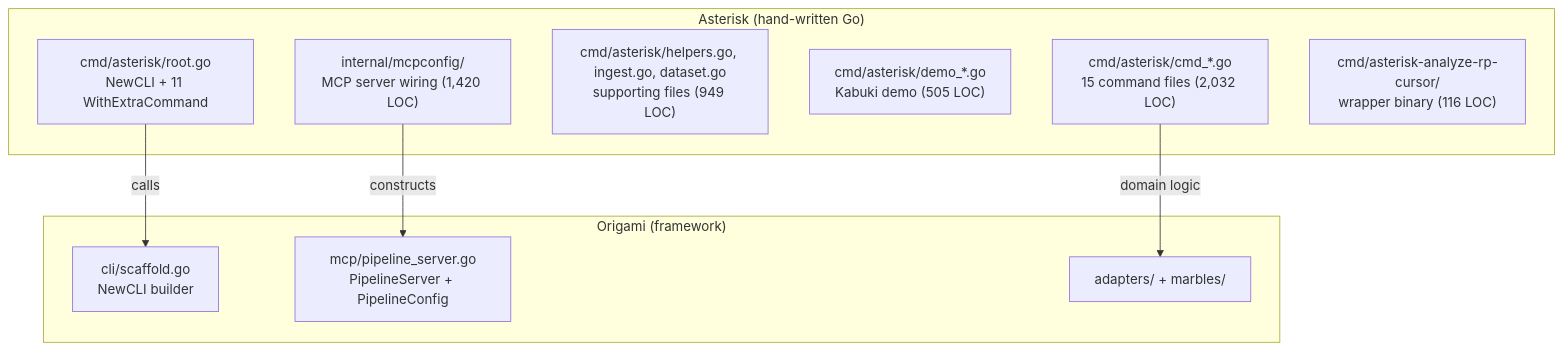
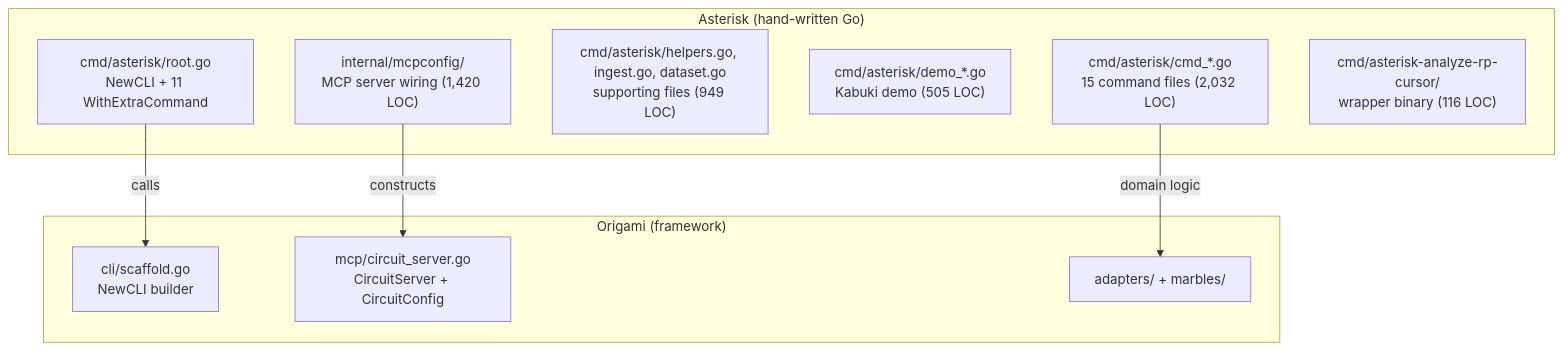
The first of 2 diagrams in .cursor/contracts/draft/origami-fold.md (dpopsuev/asterisk), drawn with Mermaid before and after one commit. The commit also changed other lines of this file and 184 other files, not shown here.

First line of the commit message:
refactor: pipeline→circuit rename + rca-pure-dsl Phase 3-4 advance

````diff
--- a/.cursor/contracts/draft/origami-fold.md
+++ b/.cursor/contracts/draft/origami-fold.md
@@ -22,19 +22,19 @@
 ```mermaid
 flowchart TB
   subgraph asterisk ["Asterisk (hand-written Go)"]
     rootGo["cmd/asterisk/root.go<br/>NewCLI + 11 WithExtraCommand"]
     cmdFiles["cmd/asterisk/cmd_*.go<br/>15 command files (2,032 LOC)"]
     helpers["cmd/asterisk/helpers.go, ingest.go, dataset.go<br/>supporting files (949 LOC)"]
     demo["cmd/asterisk/demo_*.go<br/>Kabuki demo (505 LOC)"]
     mcpconfig["internal/mcpconfig/<br/>MCP server wiring (1,420 LOC)"]
     cursor["cmd/asterisk-analyze-rp-cursor/<br/>wrapper binary (116 LOC)"]
   end
   subgraph origami ["Origami (framework)"]
     cli["cli/scaffold.go<br/>NewCLI builder"]
-    mcp["mcp/pipeline_server.go<br/>PipelineServer + PipelineConfig"]
+    mcp["mcp/circuit_server.go<br/>CircuitServer + CircuitConfig"]
     adapters["adapters/ + marbles/"]
   end
   rootGo -->|"calls"| cli
   mcpconfig -->|"constructs"| mcp
   cmdFiles -->|"domain logic"| adapters
 ```
````
